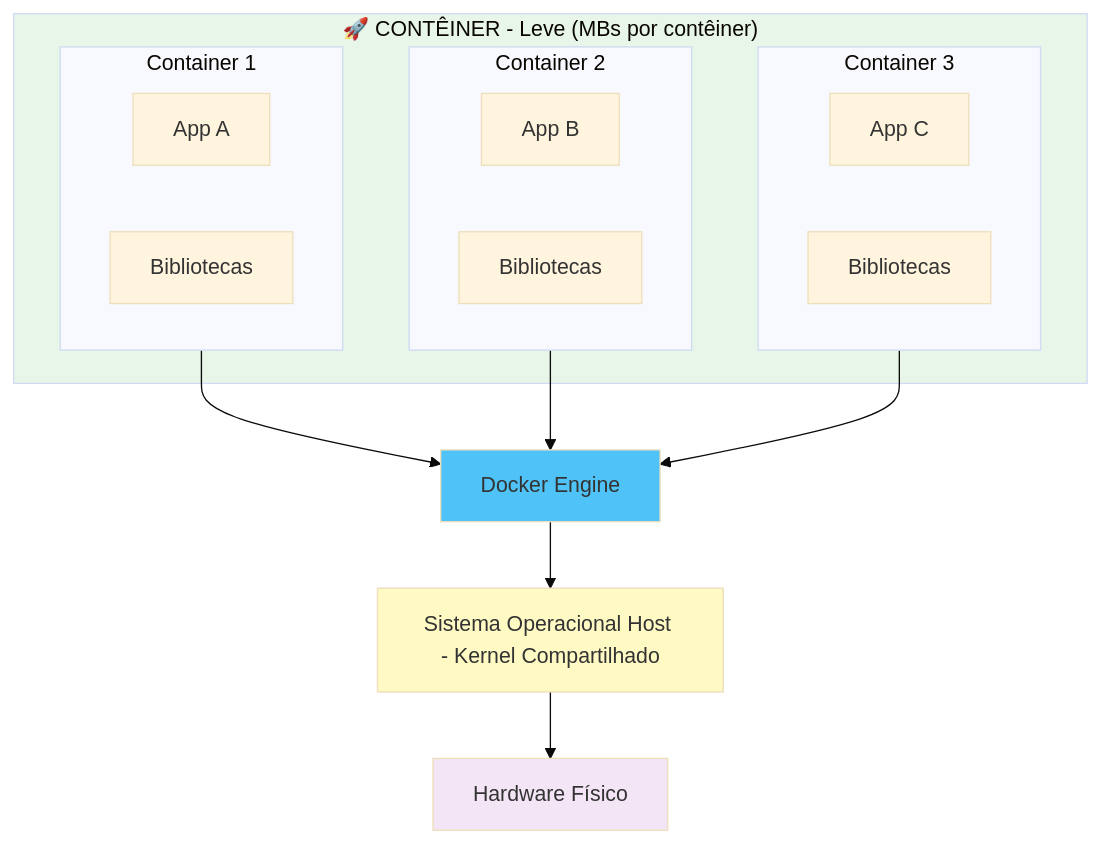
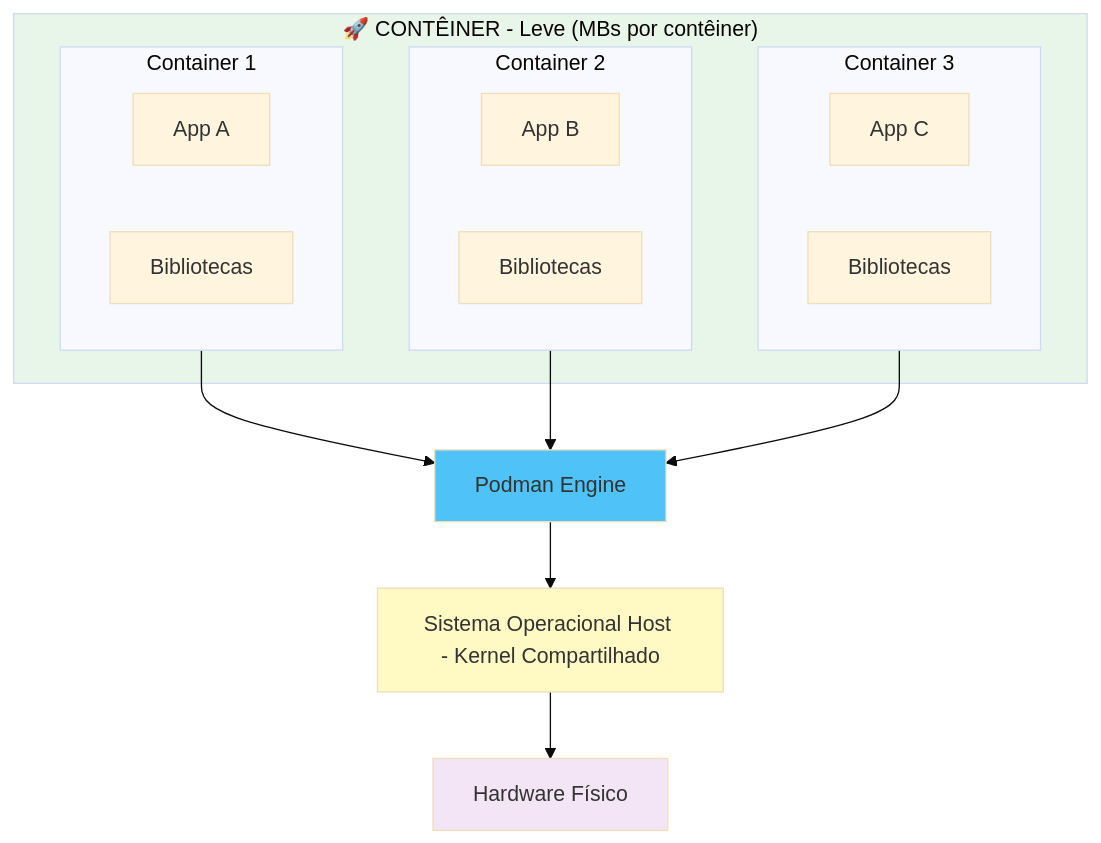
The second of 3 diagrams in dia-00/guia-docker.md (deusemarjunior/trein-java-intermed), drawn with Mermaid (base theme) before and after one commit. The commit also changed other lines of this file and 100 other files, not shown here.

Commit message:
removendo docker adicionando podman

````diff
--- a/dia-00/guia-docker.md
+++ b/dia-00/guia-docker.md
@@ -53,32 +53,32 @@
 ```mermaid
 graph TB
     subgraph CONT["🚀 CONTÊINER - Leve (MBs por contêiner)"]
         subgraph C1["Container 1"]
             CA1[App A]
             CL1[Bibliotecas]
         end
         subgraph C2["Container 2"]
             CA2[App B]
             CL2[Bibliotecas]
         end
         subgraph C3["Container 3"]
             CA3[App C]
             CL3[Bibliotecas]
         end
     end
     
-    Docker[Docker Engine]
+    Podman[Podman Engine]
     HostOS2[Sistema Operacional Host - Kernel Compartilhado]
     Hardware2[Hardware Físico]
     
-    C1 --> Docker
-    C2 --> Docker
-    C3 --> Docker
-    Docker --> HostOS2
+    C1 --> Podman
+    C2 --> Podman
+    C3 --> Podman
+    Podman --> HostOS2
     HostOS2 --> Hardware2
     
     style CONT fill:#e8f5e9
-    style Docker fill:#4fc3f7
+    style Podman fill:#4fc3f7
     style HostOS2 fill:#fff9c4
     style Hardware2 fill:#f3e5f5
 ```
````
